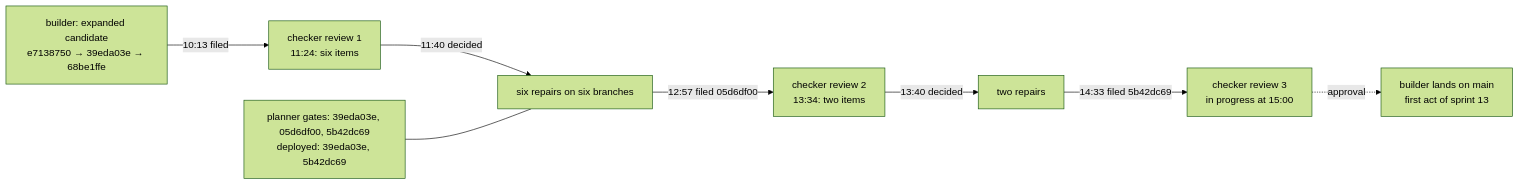
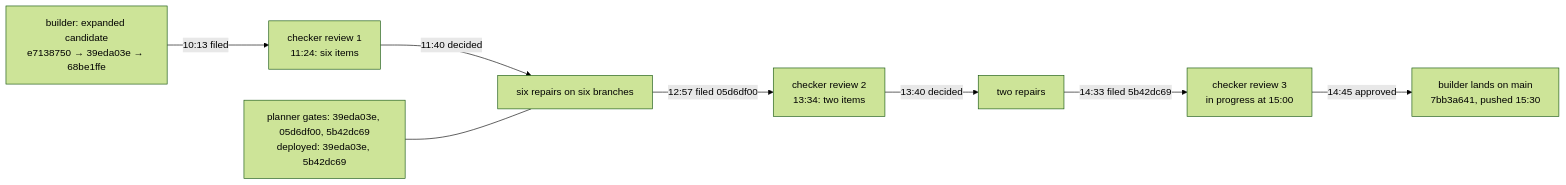
Before and after one commit to generalbusiness-ai/artroom: the diagram in notes/2026-10-08-15-sprint-report.md, drawn with Mermaid (forest theme). The commit also changed other lines of this file, not shown here.

Commit message:
Sprint report 2026-10-08 15:00: updated, the expanded candidate landed as 7bb3a641 at 15:30

````diff
--- a/notes/2026-10-08-15-sprint-report.md
+++ b/notes/2026-10-08-15-sprint-report.md
@@ -83,10 +95,10 @@
 ```mermaid
 flowchart LR
   B["builder: expanded candidate<br/>e7138750 → 39eda03e → 68be1ffe"] -->|10:13 filed| C1["checker review 1<br/>11:24: six items"]
   C1 -->|11:40 decided| R1["six repairs on six branches"]
   R1 -->|12:57 filed 05d6df00| C2["checker review 2<br/>13:34: two items"]
   C2 -->|13:40 decided| R2["two repairs"]
   R2 -->|14:33 filed 5b42dc69| C3["checker review 3<br/>in progress at 15:00"]
-  C3 -.->|approval| L["builder lands on main<br/>first act of sprint 13"]
+  C3 -->|14:45 approved| L["builder lands on main<br/>7bb3a641, pushed 15:30"]
   P["planner gates: 39eda03e, 05d6df00, 5b42dc69<br/>deployed: 39eda03e, 5b42dc69"] --- R1
 ```
````
